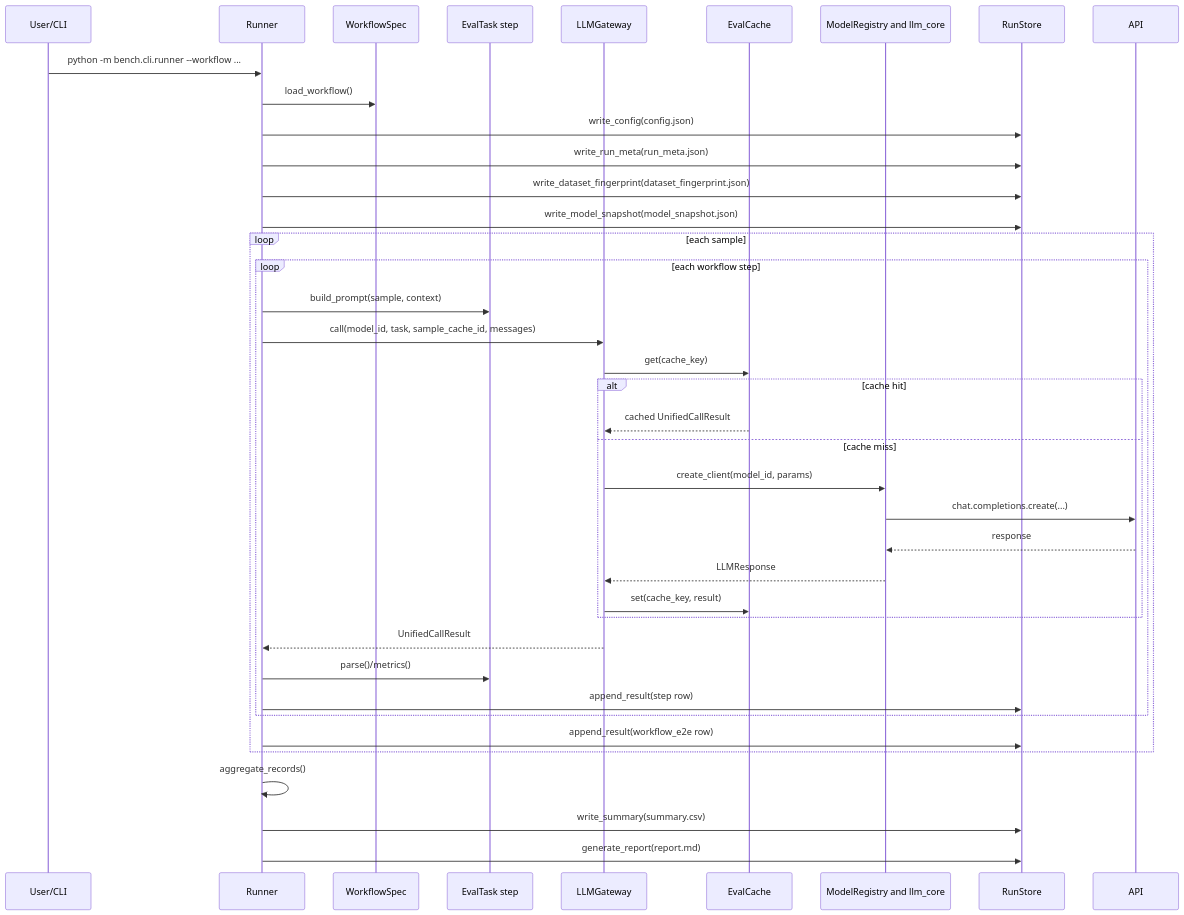
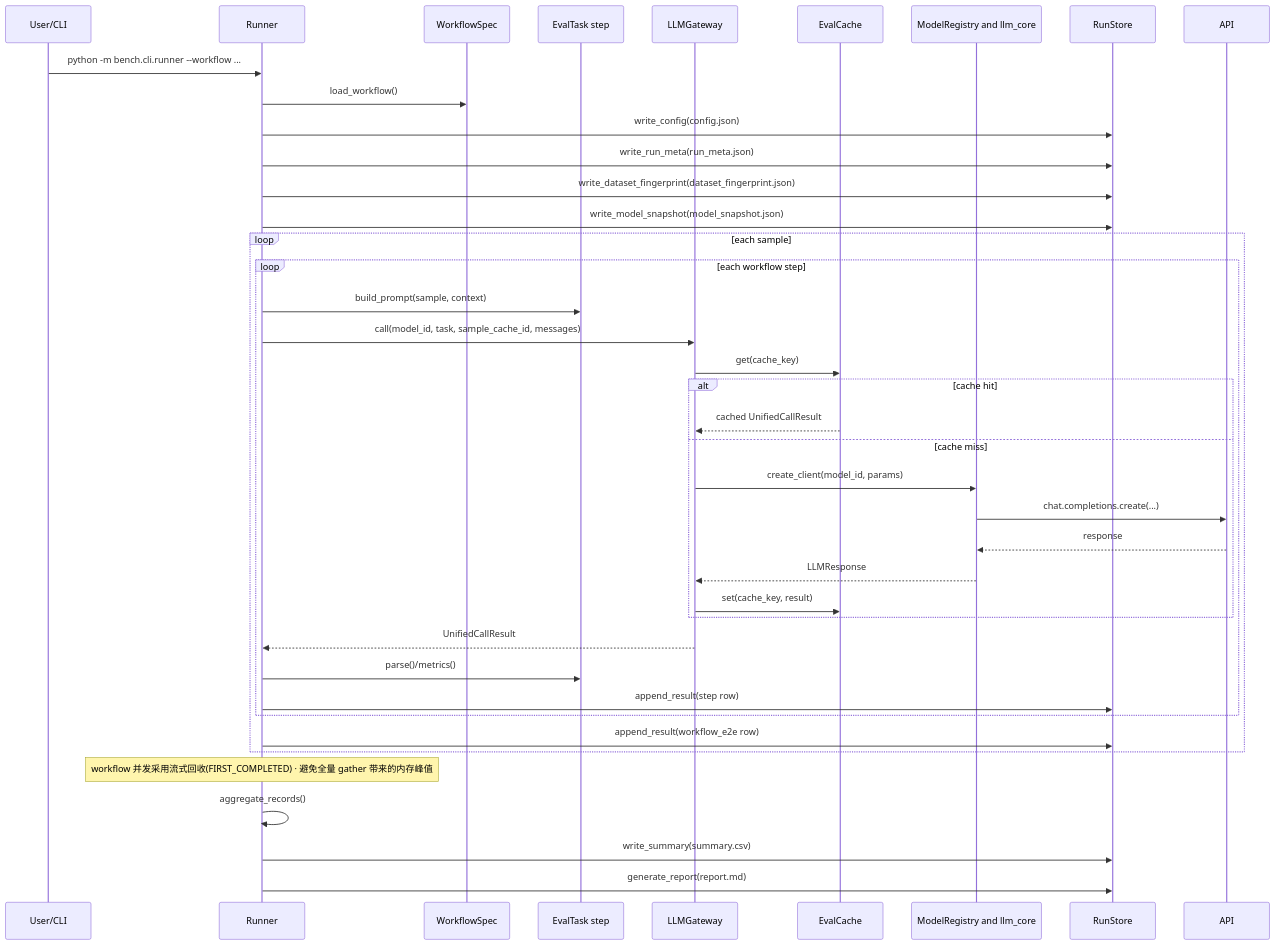
One commit to TianMeet/llm-benchmark-2-news changed the second of 2 diagrams in docs/system_architecture.md. Above: the diagram before and after it, drawn with Mermaid. The commit also changed other lines of this file, not shown here.

Commit message:
docs: remove newline escape markers from architecture diagrams

````diff
--- a/docs/system_architecture.md
+++ b/docs/system_architecture.md
@@ -148,44 +150,45 @@
 ```mermaid
 sequenceDiagram
   participant U as User/CLI
   participant R as Runner
   participant W as WorkflowSpec
   participant T as EvalTask step
   participant G as LLMGateway
   participant C as EvalCache
   participant M as ModelRegistry and llm_core
   participant S as RunStore
   participant A as API
 
   U->>R: python -m bench.cli.runner --workflow ...
   R->>W: load_workflow()
   R->>S: write_config(config.json)
   R->>S: write_run_meta(run_meta.json)
   R->>S: write_dataset_fingerprint(dataset_fingerprint.json)
   R->>S: write_model_snapshot(model_snapshot.json)
 
   loop each sample
     loop each workflow step
       R->>T: build_prompt(sample, context)
       R->>G: call(model_id, task, sample_cache_id, messages)
       G->>C: get(cache_key)
       alt cache hit
         C-->>G: cached UnifiedCallResult
       else cache miss
         G->>M: create_client(model_id, params)
         M->>A: chat.completions.create(...)
         A-->>M: response
         M-->>G: LLMResponse
         G->>C: set(cache_key, result)
       end
       G-->>R: UnifiedCallResult
       R->>T: parse()/metrics()
       R->>S: append_result(step row)
     end
     R->>S: append_result(workflow_e2e row)
   end
 
+  Note over R: workflow 并发采用流式回收(FIRST_COMPLETED) · 避免全量 gather 带来的内存峰值
   R->>R: aggregate_records()
   R->>S: write_summary(summary.csv)
   R->>S: generate_report(report.md)
 ```
````
